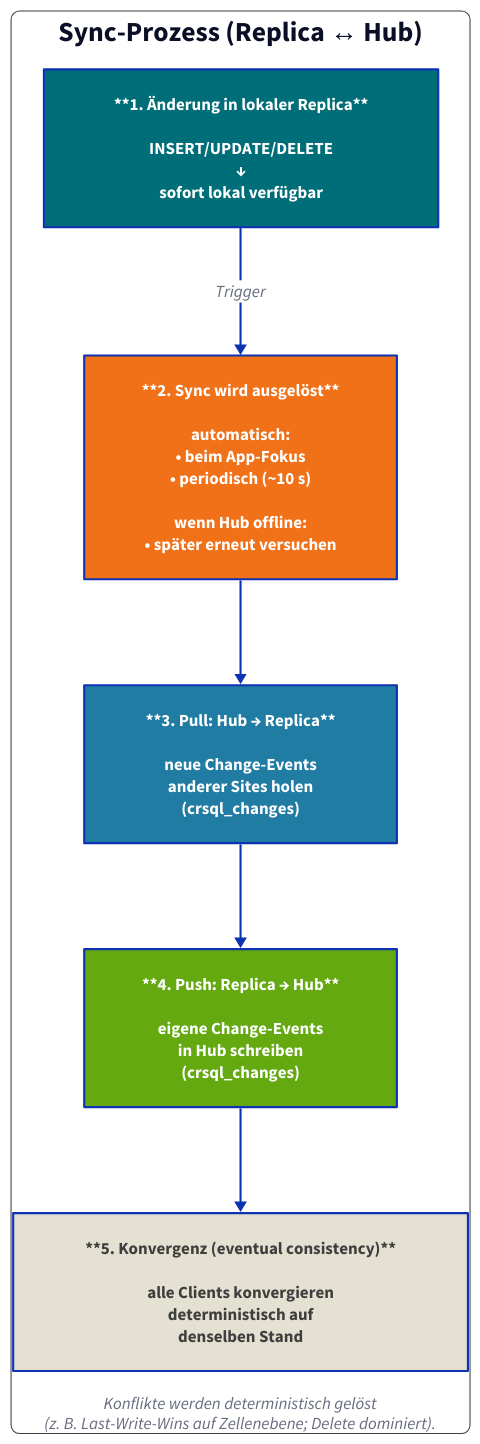
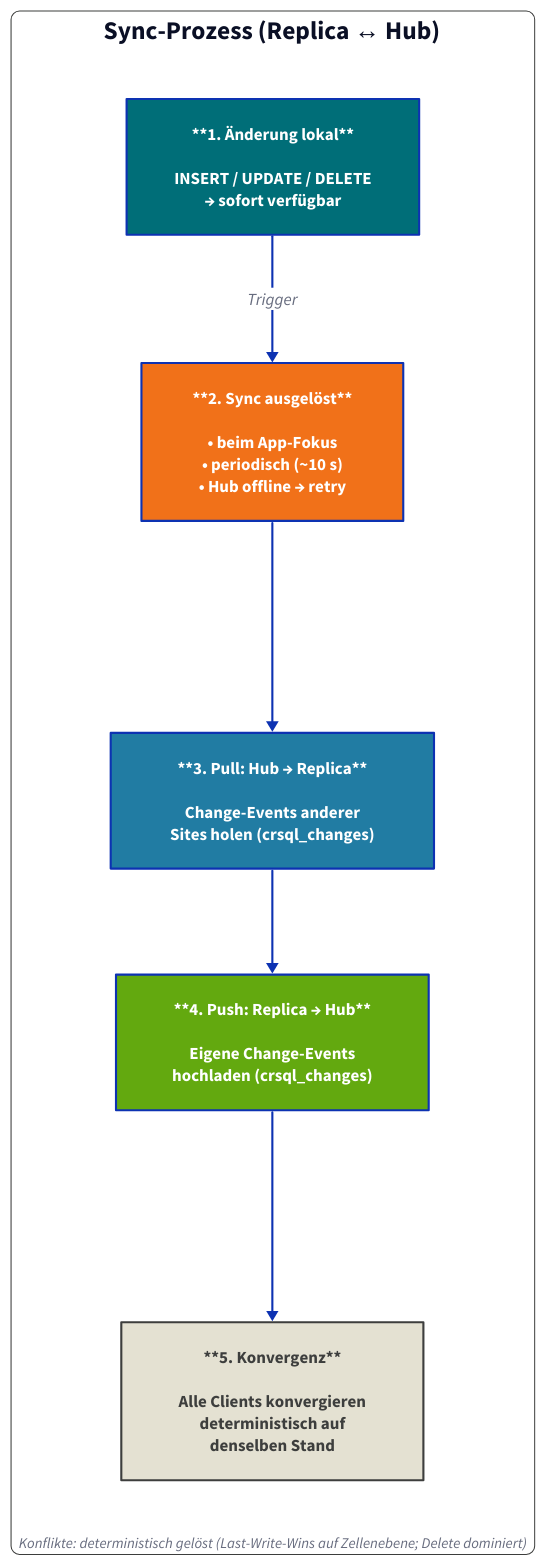
The diagram in docs/diagrams-src/sync-db.d2 (Ph0non/fmb-log-docs), drawn with D2 before and after one commit. The commit also changed 186 other files, not shown here.

```diff
--- a/docs/diagrams-src/sync-db.d2
+++ b/docs/diagrams-src/sync-db.d2
@@ -1,90 +1,111 @@
 direction: down
 
 style: {
   stroke: "#3d3e3d"
   stroke-width: 1
-  font-size: 22
+  font-size: 20
   border-radius: 8
 }
 
 title: "Sync‑Prozess (Replica ↔ Hub)" {
   near: top-center
   shape: text
-  style.font-size: 26
+  style.font-size: 24
   style.bold: true
 }
 
-step1: |md
-  **1. Änderung in lokaler Replica**
+# Row 1: Trigger phase
+trigger: {
+  direction: right
+  label: ""
+  style.fill: transparent
+  style.stroke: transparent
 
-  INSERT/UPDATE/DELETE
-  ↓
-  sofort lokal verfügbar
-| {
-  shape: rectangle
-  style.fill: "#006e78"
-  style.font-color: "#ffffff"
+  step1: |md
+    **1. Änderung lokal**
+
+    INSERT / UPDATE / DELETE
+    → sofort verfügbar
+  | {
+    shape: rectangle
+    style.fill: "#006e78"
+    style.font-color: "#ffffff"
+  }
+
+  step2: |md
+    **2. Sync ausgelöst**
+
+    • beim App‑Fokus
+    • periodisch (~10 s)
+    • Hub offline → retry
+  | {
+    shape: rectangle
+    style.fill: "#f17119"
+    style.font-color: "#ffffff"
+  }
+
+  step1 -> step2: Trigger
 }
 
-step2: |md
-  **2. Sync wird ausgelöst**
+# Row 2: Data exchange
+exchange: {
+  direction: right
+  label: ""
+  style.fill: transparent
+  style.stroke: transparent
 
-  automatisch:
-  • beim App‑Fokus
-  • periodisch (~10 s)
+  step3: |md
+    **3. Pull: Hub → Replica**
 
-  wenn Hub offline:
-  • später erneut versuchen
-| {
-  shape: rectangle
-  style.fill: "#f17119"
-  style.font-color: "#ffffff"
+    Change‑Events anderer
+    Sites holen (crsql_changes)
+  | {
+    shape: rectangle
+    style.fill: "#217ca3"
+    style.font-color: "#ffffff"
+  }
+
+  step4: |md
+    **4. Push: Replica → Hub**
+
+    Eigene Change‑Events
+    hochladen (crsql_changes)
+  | {
+    shape: rectangle
+    style.fill: "#63a90f"
+    style.font-color: "#ffffff"
+  }
+
+  step3 -> step4
 }
 
-step3: |md
-  **3. Pull: Hub → Replica**
+# Row 3: Result
+result: {
+  direction: right
+  label: ""
+  style.fill: transparent
+  style.stroke: transparent
 
-  neue Change‑Events
-  anderer Sites holen
-  (crsql_changes)
-| {
-  shape: rectangle
-  style.fill: "#217ca3"
-  style.font-color: "#ffffff"
+  step5: |md
+    **5. Konvergenz**
+
+    Alle Clients konvergieren
+    deterministisch auf
+    denselben Stand
+  | {
+    shape: rectangle
+    style.fill: "#e4e1d2"
+    style.font-color: "#3d3e3d"
+    style.stroke: "#3d3e3d"
+  }
 }
 
-step4: |md
-  **4. Push: Replica → Hub**
+trigger.step2 -> exchange.step3
+exchange.step4 -> result.step5
 
-  eigene Change‑Events
-  in Hub schreiben
-  (crsql_changes)
-| {
-  shape: rectangle
-  style.fill: "#63a90f"
-  style.font-color: "#ffffff"
-}
-
-step5: |md
-  **5. Konvergenz (eventual consistency)**
-
-  alle Clients konvergieren
-  deterministisch auf
-  denselben Stand
-| {
-  shape: rectangle
-  style.fill: "#e4e1d2"
-  style.font-color: "#3d3e3d"
-}
-
-step1 -> step2: Trigger
-step2 -> step3
-step3 -> step4
-step4 -> step5
-
-note: "Konflikte werden deterministisch gelöst\n(z. B. Last‑Write‑Wins auf Zellenebene; Delete dominiert)." {
+note: "Konflikte: deterministisch gelöst (Last‑Write‑Wins auf Zellenebene; Delete dominiert)" {
   shape: text
   near: bottom-center
-  style.font-size: 16
+  style.font-size: 14
   style.italic: true
 }
```
